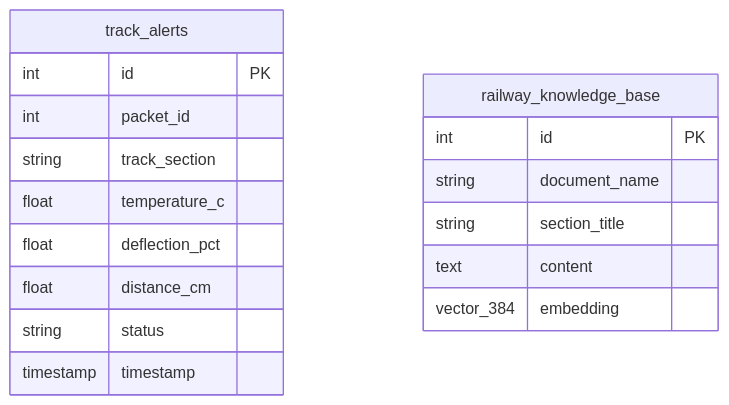
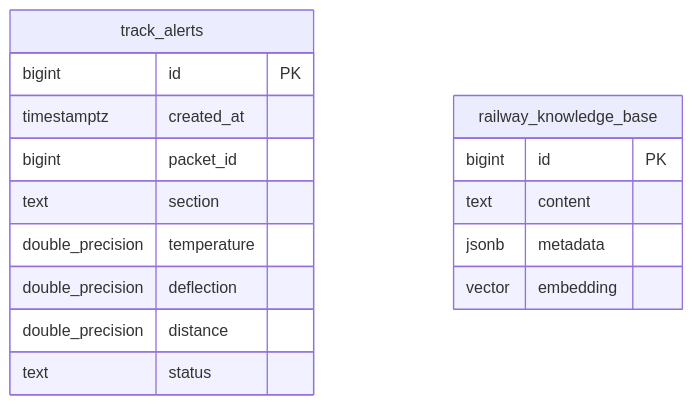
The fourth of 4 diagrams in ARCHITECTURE.md (shandilyarindam/track-watch), drawn with Mermaid before and after one commit. The commit also changed other lines of this file, not shown here.

Commit message:
fix: align database schema documentation with deployed supabase column definitions

````diff
--- a/ARCHITECTURE.md
+++ b/ARCHITECTURE.md
@@ -140,21 +140,20 @@
 ```mermaid
 erDiagram
     track_alerts {
-        int id PK
-        int packet_id
-        string track_section
-        float temperature_c
-        float deflection_pct
-        float distance_cm
-        string status
-        timestamp timestamp
+        bigint id PK
+        timestamptz created_at
+        bigint packet_id
+        text section
+        double_precision temperature
+        double_precision deflection
+        double_precision distance
+        text status
     }
 
     railway_knowledge_base {
-        int id PK
-        string document_name
-        string section_title
+        bigint id PK
         text content
-        vector_384 embedding
+        jsonb metadata
+        vector embedding
     }
 ```
````
